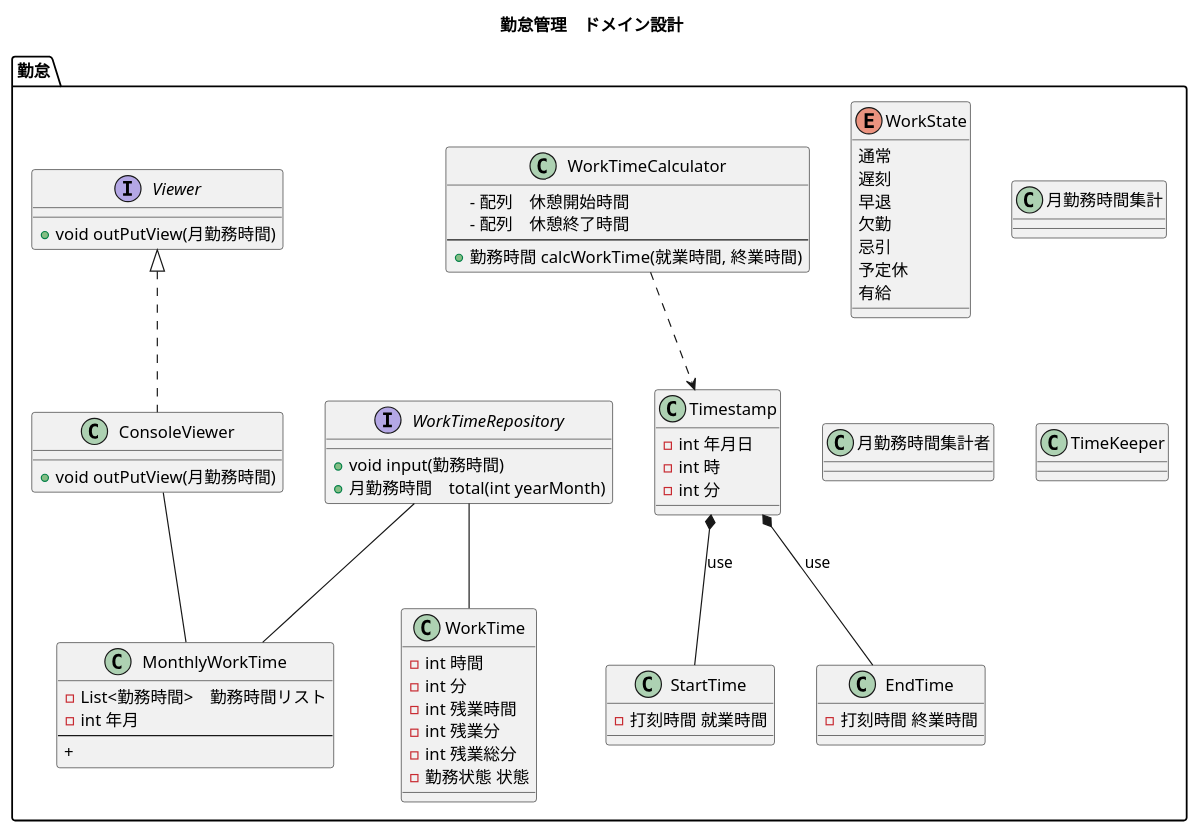
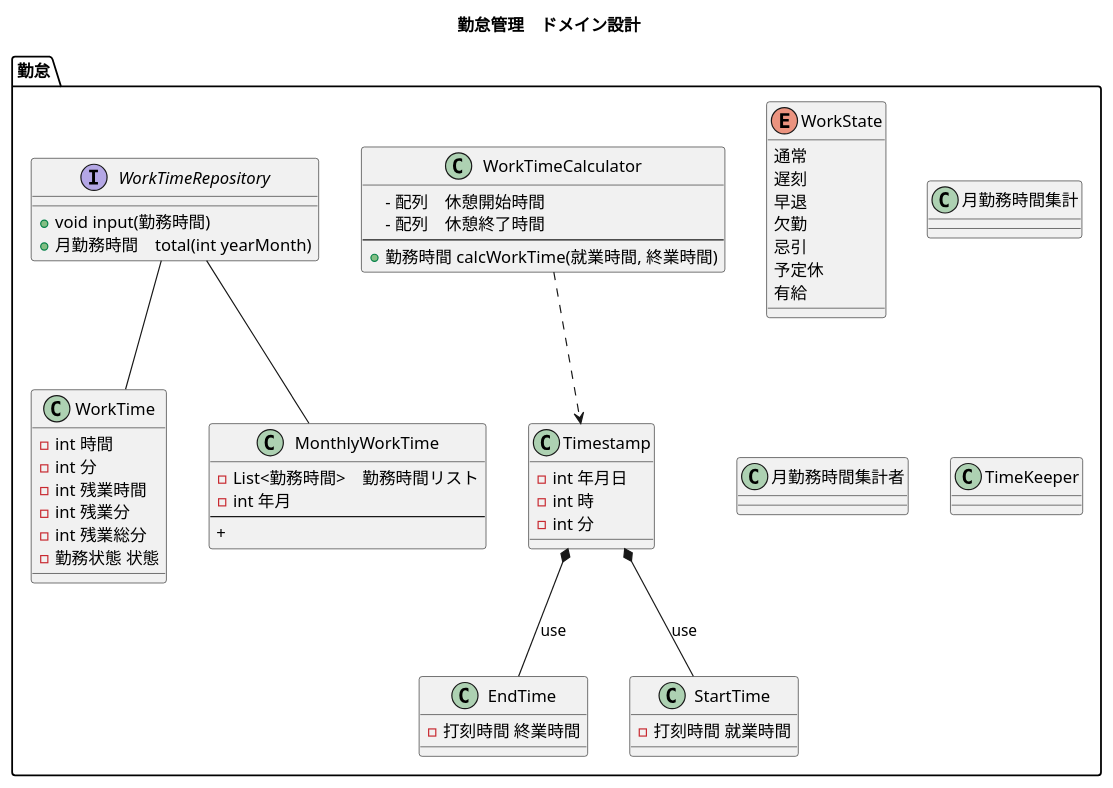
The diagram in etc/document/domain/kintai-model.puml (biglobe-isp/kintai), drawn with PlantUML before and after one commit.

Commit message:
ドメイン層よりViewerインターフェイスおよび実装クラスの削除

```diff
--- a/etc/document/domain/kintai-model.puml
+++ b/etc/document/domain/kintai-model.puml
@@ -1,89 +1,77 @@
 @startuml
 
 title 勤怠管理　ドメイン設計
 
 
 package 勤怠{
 
     enum 勤務状態 as "WorkState"{
      通常
      遅刻
      早退
      欠勤
      忌引
      予定休
      有給
     }
 
     class 打刻時間 as "Timestamp"{
      - int 年月日
      - int 時
      – int 分
     }
 
     勤務時間算出者 ..> 打刻時間
 
 
     class 終業時間 as "EndTime"{
      - 打刻時間 終業時間
     }
     打刻時間 *-- "終業時間" : use
 
     class 就業時間 as "StartTime" {
      - 打刻時間 就業時間
     }
     打刻時間 *-- "就業時間" : use
 
     class 勤務時間 as "WorkTime"{
      - int 時間
      – int 分
      - int 残業時間
      - int 残業分
      - int 残業総分
      - 勤務状態 状態
     }
 
     class 勤務時間算出者 as "WorkTimeCalculator"{
     　- 配列　休憩開始時間
     　- 配列　休憩終了時間
     --
      + 勤務時間 calcWorkTime(就業時間, 終業時間)
     }
 
 
     class 月勤務時間 as "MonthlyWorkTime"{
      - List<勤務時間>　勤務時間リスト
      - int 年月
      --
      +
     }
 
 
     interface 勤務時間リポジトリ as "WorkTimeRepository"{
       + void input(勤務時間)
       + 月勤務時間　total(int yearMonth)
     }
 
     勤務時間リポジトリ -- 月勤務時間
     勤務時間リポジトリ -- 勤務時間
 
-    class コンソール出力 as "ConsoleViewer"{
-     + void outPutView(月勤務時間)
-    }
-
-    interface 出力インターフェイス as "Viewer"{
-     + void outPutView(月勤務時間)
-    }
-
-    出力インターフェイス <|.. コンソール出力
-
-    コンソール出力 -- 月勤務時間
-
     class 月勤務時間集計 {
     }
     class 月勤務時間集計者 {
     }
     class TimeKeeper {
     }
 }
 @enduml
```
